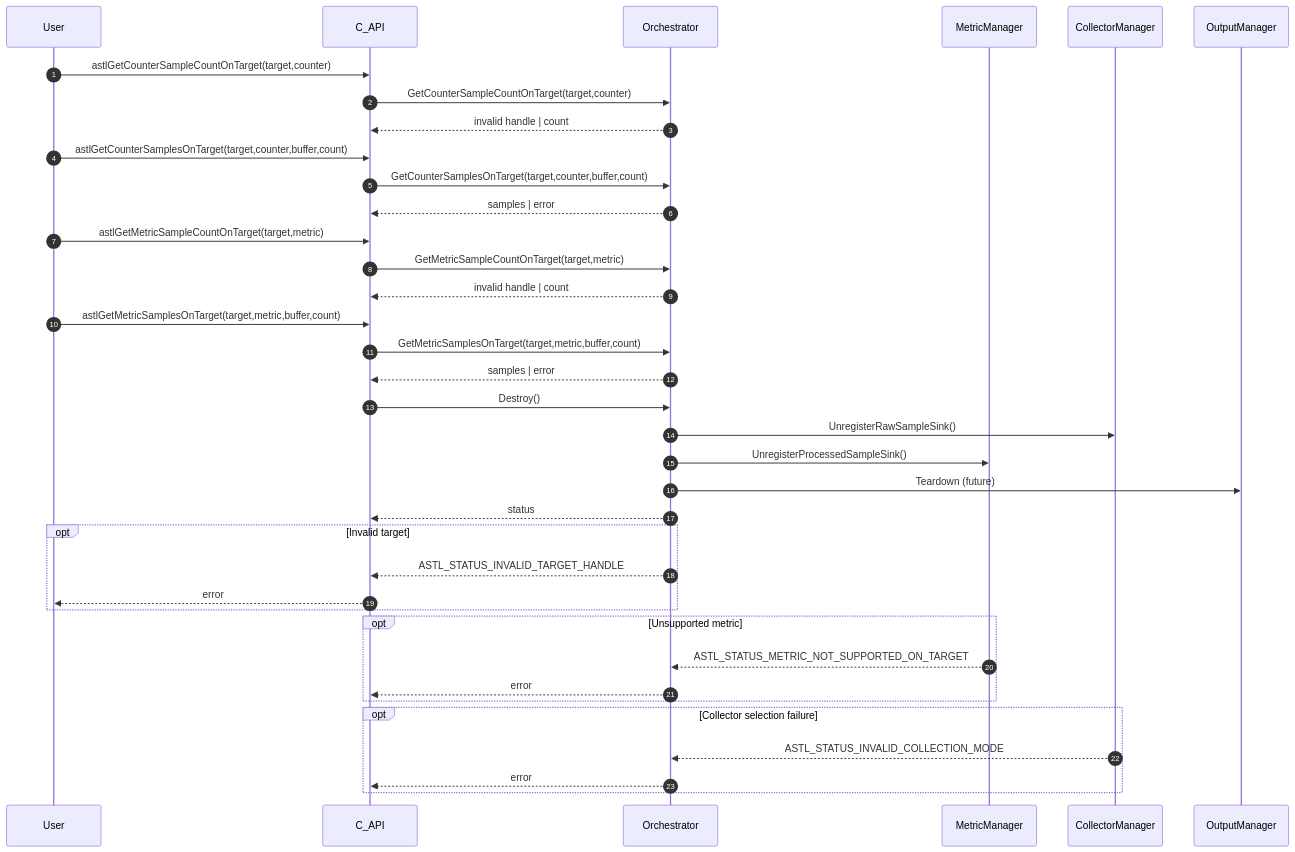
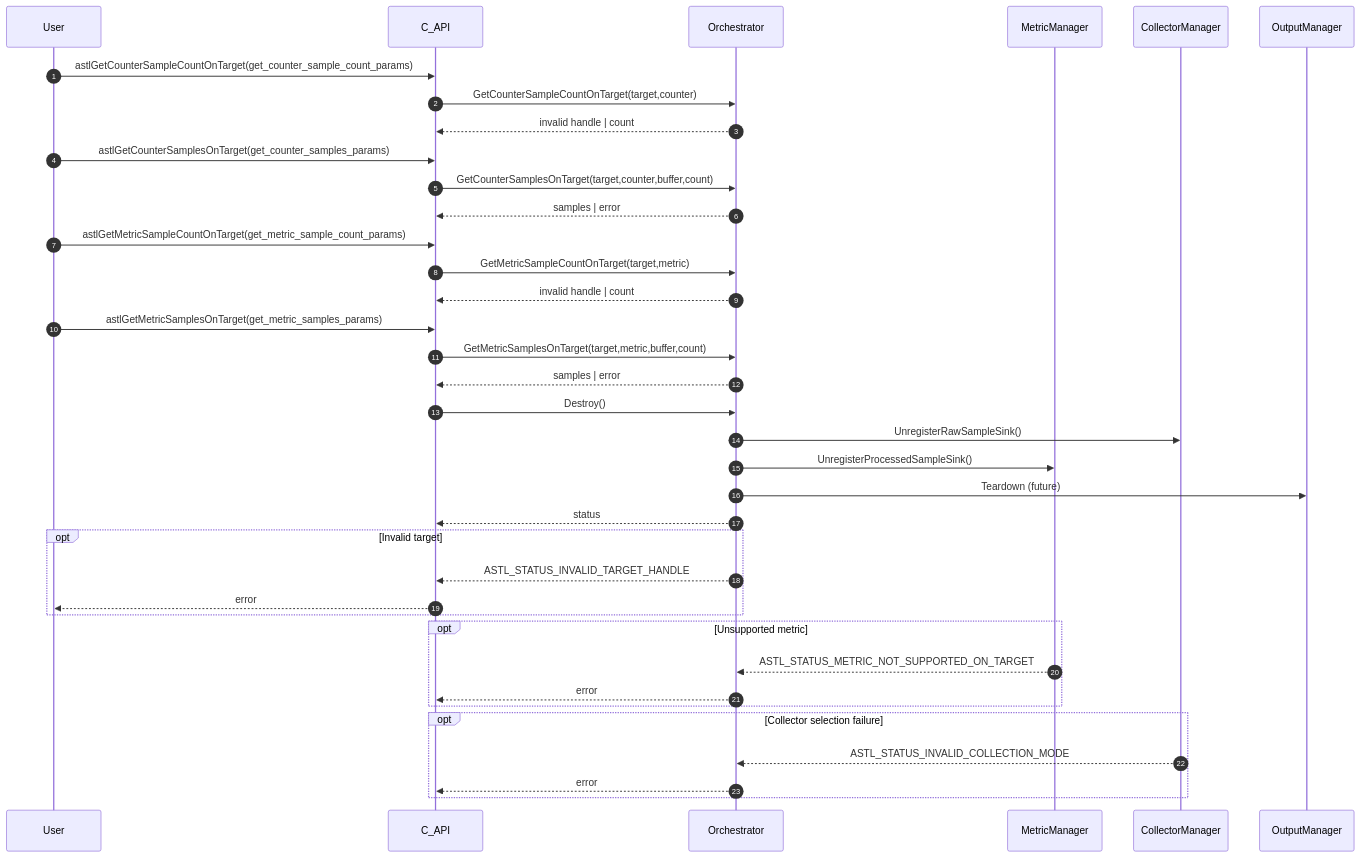
Before and after one commit to arm/ASTL: the diagram in doc/design/system_phase_retrieval_shutdown.mmd, drawn with Mermaid. The commit also changed 94 other files, not shown here.

First line of the commit message:
[ASTL-339] Use one parameter struct per function in astl_telemetry.h c-api interface (#381)

```diff
--- a/doc/design/system_phase_retrieval_shutdown.mmd
+++ b/doc/design/system_phase_retrieval_shutdown.mmd
@@ -1,52 +1,52 @@
 %% SPDX-FileCopyrightText: 2026 Arm Limited and/or its affiliates <open-source-office@arm.com>
 %%
 %% SPDX-License-Identifier: Apache-2.0
 
 %% System Phase: Retrieval & Shutdown + Representative Errors
 sequenceDiagram
     autonumber
     participant User
     participant API as C_API
     participant Orchestrator
     participant MetricManager as MetricManager
     participant CollectorManager as CollectorManager
     participant OutputManager as OutputManager
 
     %% Retrieval
     %% Counter samples retrieval (two-step: count then fetch)
-    User->>API: astlGetCounterSampleCountOnTarget(target,counter)
+    User->>API: astlGetCounterSampleCountOnTarget(get_counter_sample_count_params)
     API->>Orchestrator: GetCounterSampleCountOnTarget(target,counter)
     Orchestrator-->>API: invalid handle | count
-    User->>API: astlGetCounterSamplesOnTarget(target,counter,buffer,count)
+    User->>API: astlGetCounterSamplesOnTarget(get_counter_samples_params)
     API->>Orchestrator: GetCounterSamplesOnTarget(target,counter,buffer,count)
     Orchestrator-->>API: samples | error
 
     %% Metric samples retrieval (two-step: count then fetch)
-    User->>API: astlGetMetricSampleCountOnTarget(target,metric)
+    User->>API: astlGetMetricSampleCountOnTarget(get_metric_sample_count_params)
     API->>Orchestrator: GetMetricSampleCountOnTarget(target,metric)
     Orchestrator-->>API: invalid handle | count
-    User->>API: astlGetMetricSamplesOnTarget(target,metric,buffer,count)
+    User->>API: astlGetMetricSamplesOnTarget(get_metric_samples_params)
     API->>Orchestrator: GetMetricSamplesOnTarget(target,metric,buffer,count)
     Orchestrator-->>API: samples | error
 
     %% Shutdown
     %% Shutdown (no astlShutdown API implemented yet)
     API->>Orchestrator: Destroy()
     Orchestrator->>CollectorManager: UnregisterRawSampleSink()
     Orchestrator->>MetricManager: UnregisterProcessedSampleSink()
     Orchestrator->>OutputManager: Teardown (future)
     Orchestrator-->>API: status
 
     %% Representative Errors
     opt Invalid target
         Orchestrator-->>API: ASTL_STATUS_INVALID_TARGET_HANDLE
         API-->>User: error
     end
     opt Unsupported metric
     MetricManager-->>Orchestrator: ASTL_STATUS_METRIC_NOT_SUPPORTED_ON_TARGET
         Orchestrator-->>API: error
     end
     opt Collector selection failure
     CollectorManager-->>Orchestrator: ASTL_STATUS_INVALID_COLLECTION_MODE
         Orchestrator-->>API: error
     end
```
